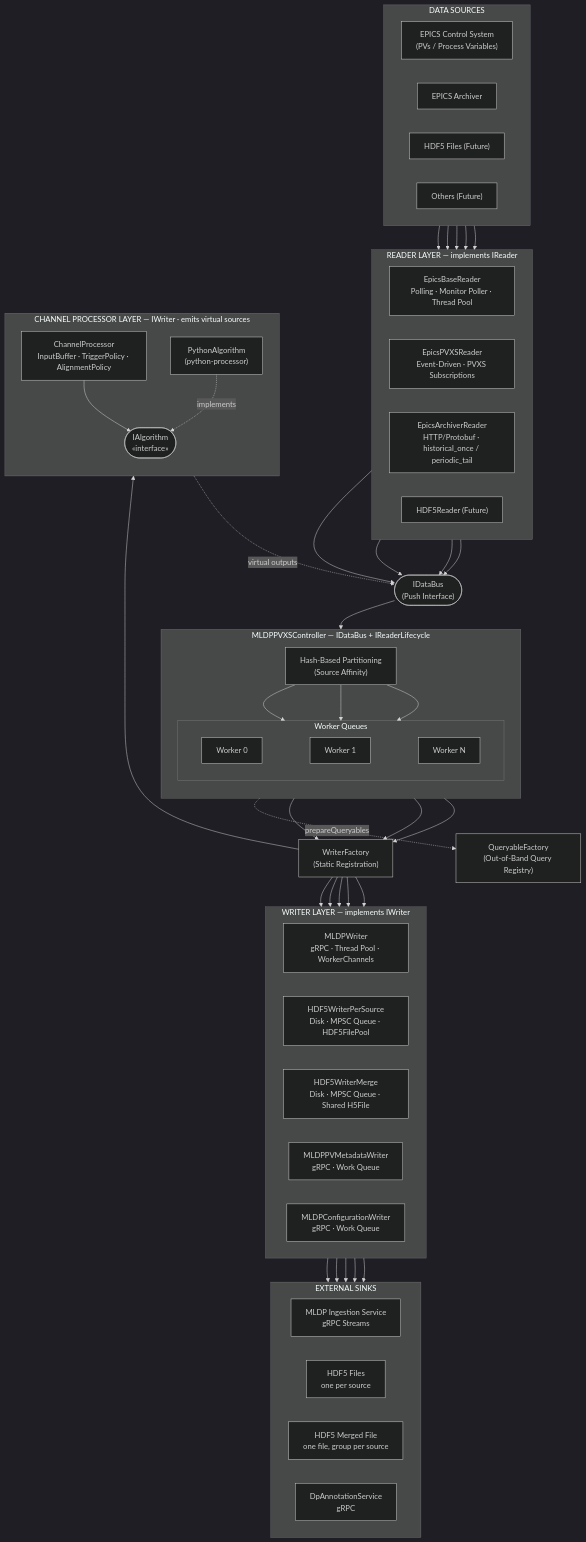
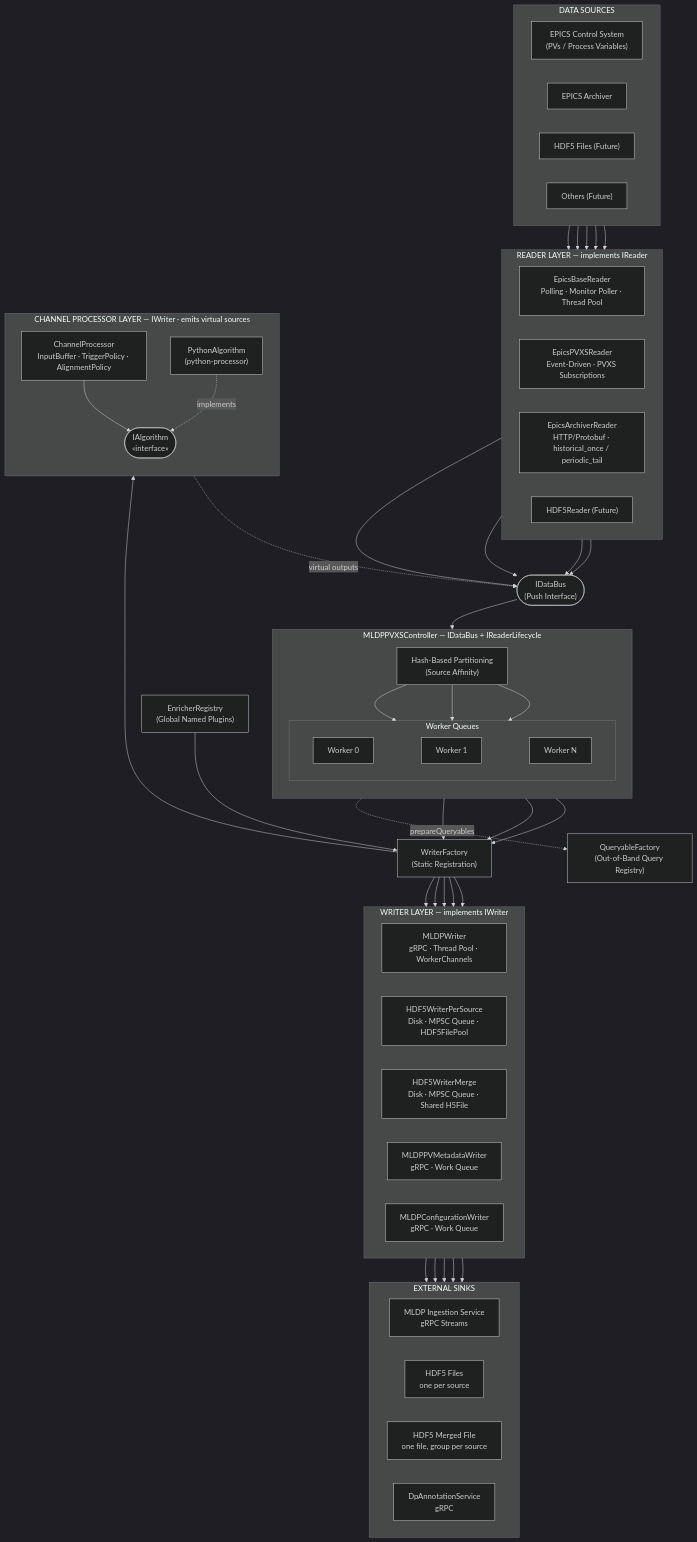
One commit to slaclab/mldp-pvxs-driver changed the first of 3 diagrams in docs/reference/architecture.md. Above: the diagram before and after it, drawn with Mermaid (dark theme). The commit also changed other lines of this file and 36 other files, not shown here.

```diff
--- a/docs/reference/architecture.md
+++ b/docs/reference/architecture.md
@@ -29,6 +29,7 @@
     IDataBus(["IDataBus<br/>(Push Interface)"])
     QueryableFactory["QueryableFactory<br/>(Out-of-Band Query Registry)"]
     WriterFactory["WriterFactory<br/>(Static Registration)"]
+    EnricherRegistry["EnricherRegistry<br/>(Global Named Plugins)"]
 
     subgraph Controller["MLDPPVXSController — IDataBus + IReaderLifecycle"]
         direction TB
@@ -79,6 +80,7 @@
     Controller -. prepareQueryables .-> QueryableFactory
 
     W0 & W1 & WN --> WriterFactory
+    EnricherRegistry --> WriterFactory
     WriterFactory --> WR6
     WriterFactory --> WR1 & WR2 & WR3 & WR4 & WR5
 
```
